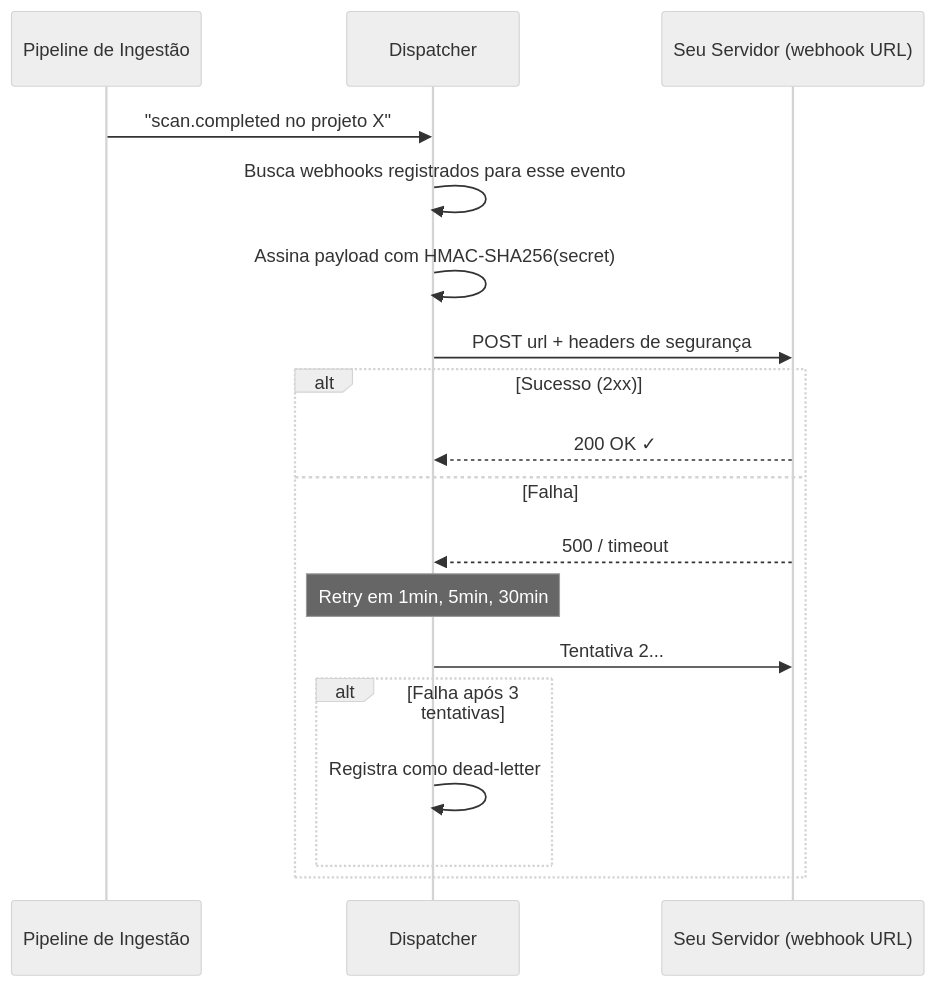
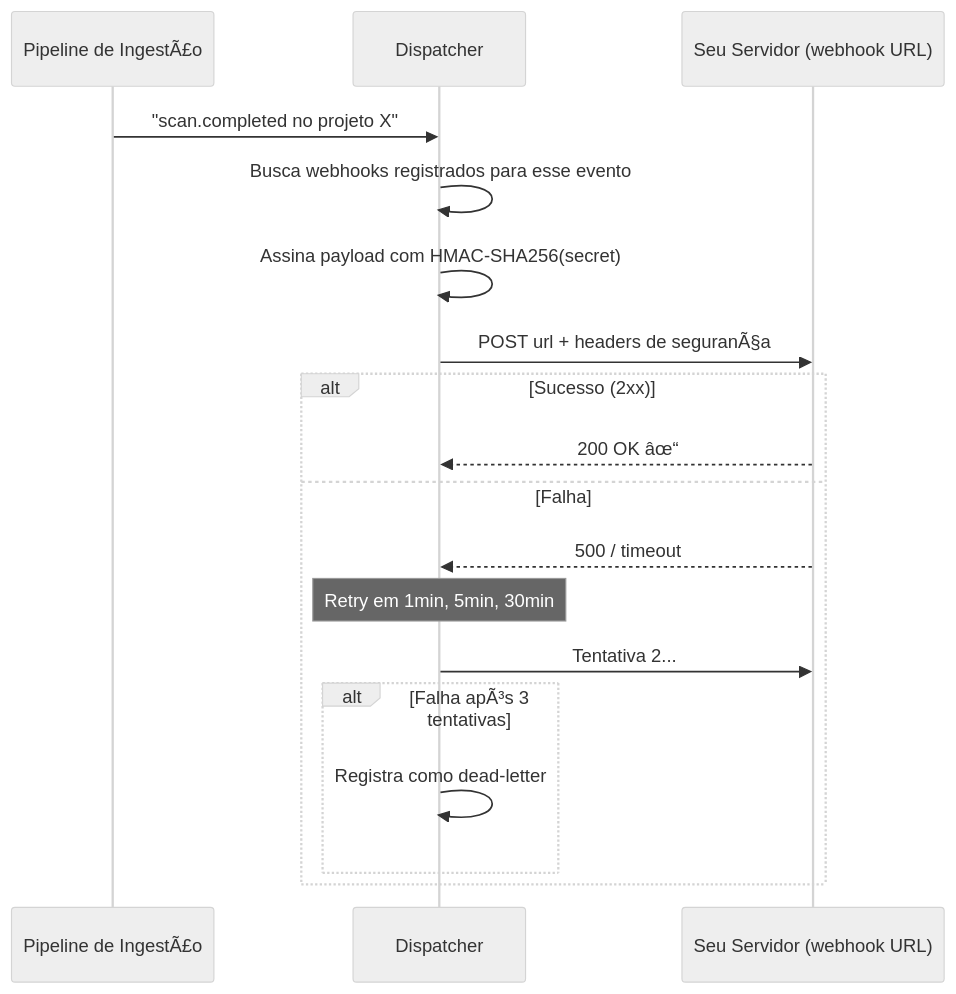
Diagram 17 of 17 in docs/arquitetura.md (scovl/ollanta), drawn with Mermaid (neutral theme) before and after one commit. The commit also changed other lines of this file and 3 other files, not shown here.

Commit message:
docs: update architecture and observability notes

````diff
--- a/docs/arquitetura.md
+++ b/docs/arquitetura.md
@@ -1233,22 +1233,22 @@
 ```mermaid
 sequenceDiagram
-    participant P as Pipeline de Ingestão
+    participant P as Pipeline de IngestÃ£o
     participant D as Dispatcher
     participant W as Seu Servidor (webhook URL)
 
     P->>D: "scan.completed no projeto X"
     D->>D: Busca webhooks registrados para esse evento
     D->>D: Assina payload com HMAC-SHA256(secret)
-    D->>W: POST url + headers de segurança
+    D->>W: POST url + headers de seguranÃ§a
 
     alt Sucesso (2xx)
-        W-->>D: 200 OK ✓
+        W-->>D: 200 OK âœ“
     else Falha
         W-->>D: 500 / timeout
         Note over D: Retry em 1min, 5min, 30min
         D->>W: Tentativa 2...
-        alt Falha após 3 tentativas
+        alt Falha apÃ³s 3 tentativas
             D->>D: Registra como dead-letter
         end
     end
 ```
````
